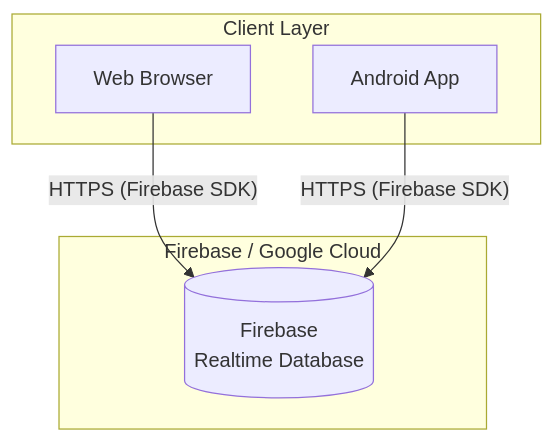
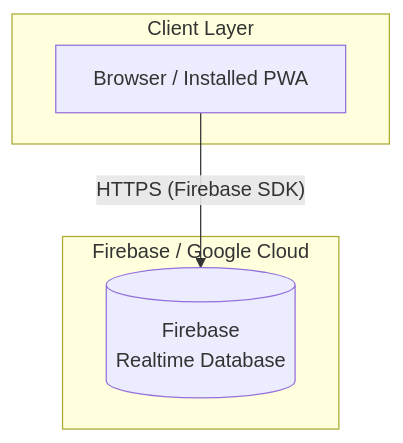
Before and after one commit to deglerj/dabb: the second of 2 diagrams in docs/arc42/03-context-scope.md, drawn with Mermaid. The commit also changed other lines of this file and 29 other files, not shown here.

````diff
--- a/docs/arc42/03-context-scope.md
+++ b/docs/arc42/03-context-scope.md
@@ -34,14 +30,12 @@
 ```mermaid
 flowchart TB
     subgraph client [Client Layer]
-        web[Web Browser]
-        android[Android App]
+        web[Browser / Installed PWA]
     end
 
     subgraph data [Firebase / Google Cloud]
         rtdb[(Firebase\nRealtime Database)]
     end
 
     web -->|"HTTPS (Firebase SDK)"| rtdb
-    android -->|"HTTPS (Firebase SDK)"| rtdb
 ```
````
